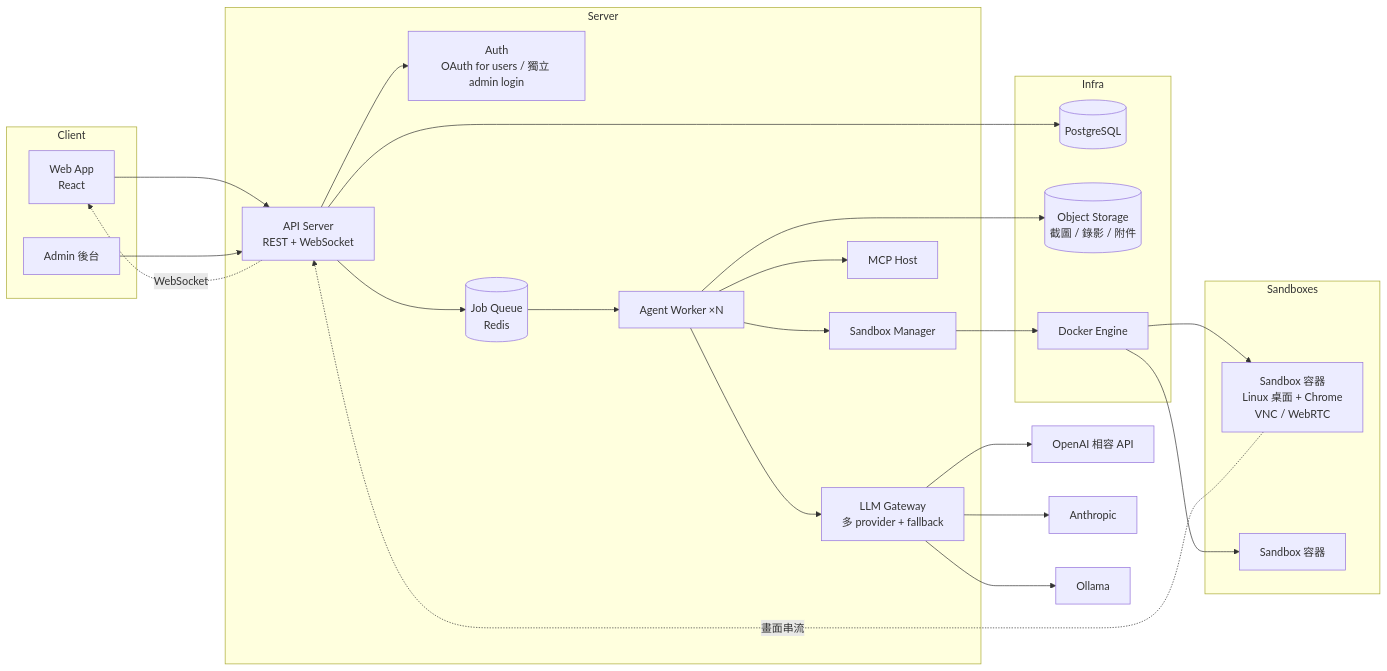
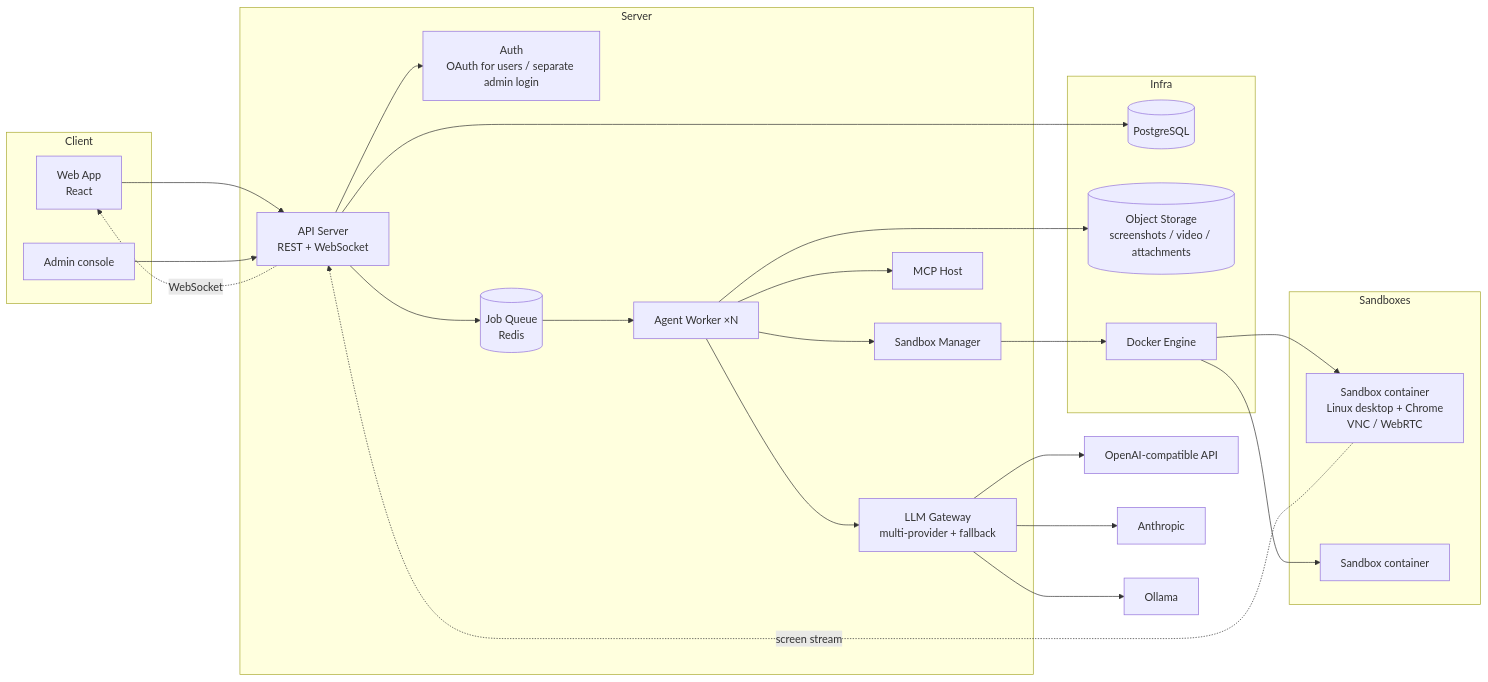
The diagram in qa-harness-spec.md (brianshen0522/qa-harness), drawn with Mermaid before and after one commit. The commit also changed other lines of this file and 2 other files, not shown here.

````diff
--- a/qa-harness-spec.md
+++ b/qa-harness-spec.md
@@ -295,47 +295,47 @@
 ```mermaid
 flowchart LR
   subgraph Client
     UI[Web App<br/>React]
-    AdminUI[Admin 後台]
+    AdminUI[Admin console]
   end
 
   subgraph Server
     API[API Server<br/>REST + WebSocket]
-    Auth[Auth<br/>OAuth for users / 獨立 admin login]
+    Auth[Auth<br/>OAuth for users / separate admin login]
     Queue[(Job Queue<br/>Redis)]
     Worker[Agent Worker ×N]
     SBM[Sandbox Manager]
-    LLMGW[LLM Gateway<br/>多 provider + fallback]
+    LLMGW[LLM Gateway<br/>multi-provider + fallback]
     MCPH[MCP Host]
   end
 
   subgraph Infra
     DB[(PostgreSQL)]
-    Obj[(Object Storage<br/>截圖 / 錄影 / 附件)]
+    Obj[(Object Storage<br/>screenshots / video / attachments)]
     Docker[Docker Engine]
   end
 
   subgraph Sandboxes
-    SB1[Sandbox 容器<br/>Linux 桌面 + Chrome<br/>VNC / WebRTC]
-    SB2[Sandbox 容器]
+    SB1[Sandbox container<br/>Linux desktop + Chrome<br/>VNC / WebRTC]
+    SB2[Sandbox container]
   end
 
   UI --> API
   AdminUI --> API
   API --> Auth
   API --> DB
   API --> Queue
   Queue --> Worker
   Worker --> LLMGW
   Worker --> MCPH
   Worker --> SBM
   SBM --> Docker
   Docker --> SB1
   Docker --> SB2
   Worker --> Obj
-  SB1 -. 畫面串流 .-> API
+  SB1 -. screen stream .-> API
   API -. WebSocket .-> UI
-  LLMGW --> OpenAI[OpenAI 相容 API]
+  LLMGW --> OpenAI[OpenAI-compatible API]
   LLMGW --> Anthropic
   LLMGW --> Ollama
 ```
````
